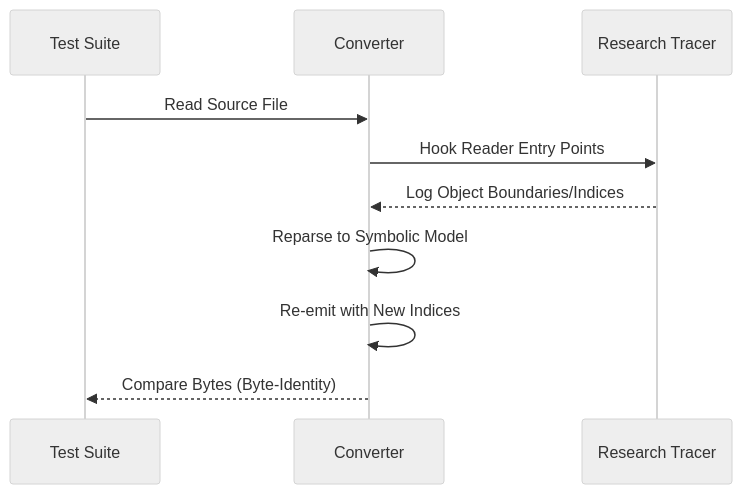
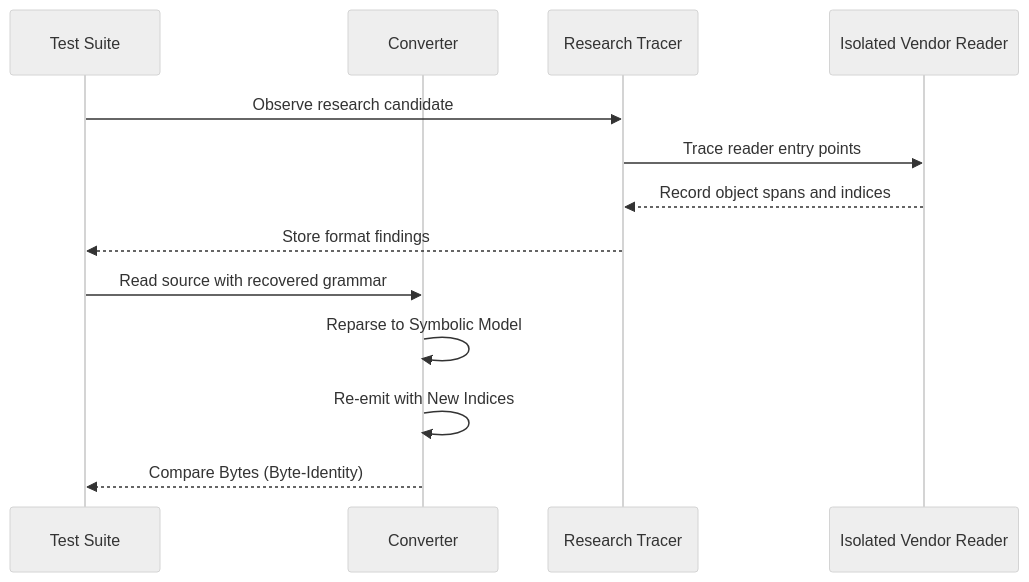
Before and after one commit to TryUniCAD/Kit: the second of 2 diagrams in Docs/Reference/Operations/Testing.md, drawn with Mermaid (neutral theme). The commit also changed 5 other files, not shown here.

````diff
--- a/Docs/Reference/Operations/Testing.md
+++ b/Docs/Reference/Operations/Testing.md
@@ -101,12 +101,15 @@
 ```mermaid
 sequenceDiagram
     participant Test as Test Suite
     participant Conv as Converter
     participant Trace as Research Tracer
-    Test->>Conv: Read Source File
-    Conv->>Trace: Hook Reader Entry Points
-    Trace-->>Conv: Log Object Boundaries/Indices
+    participant Vendor as Isolated Vendor Reader
+    Test->>Trace: Observe research candidate
+    Trace->>Vendor: Trace reader entry points
+    Vendor-->>Trace: Record object spans and indices
+    Trace-->>Test: Store format findings
+    Test->>Conv: Read source with recovered grammar
     Conv->>Conv: Reparse to Symbolic Model
     Conv->>Conv: Re-emit with New Indices
     Conv-->>Test: Compare Bytes (Byte-Identity)
 ```
````
